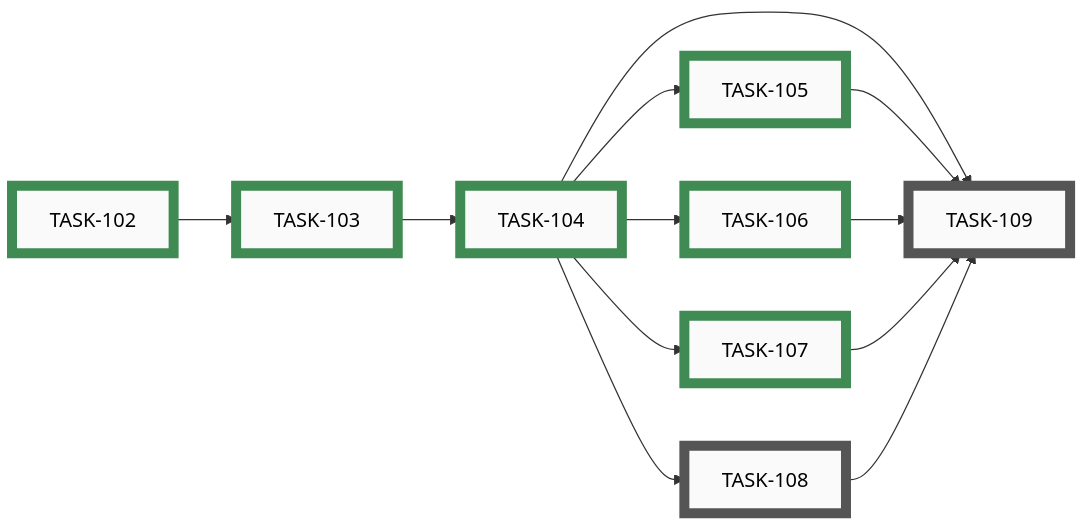
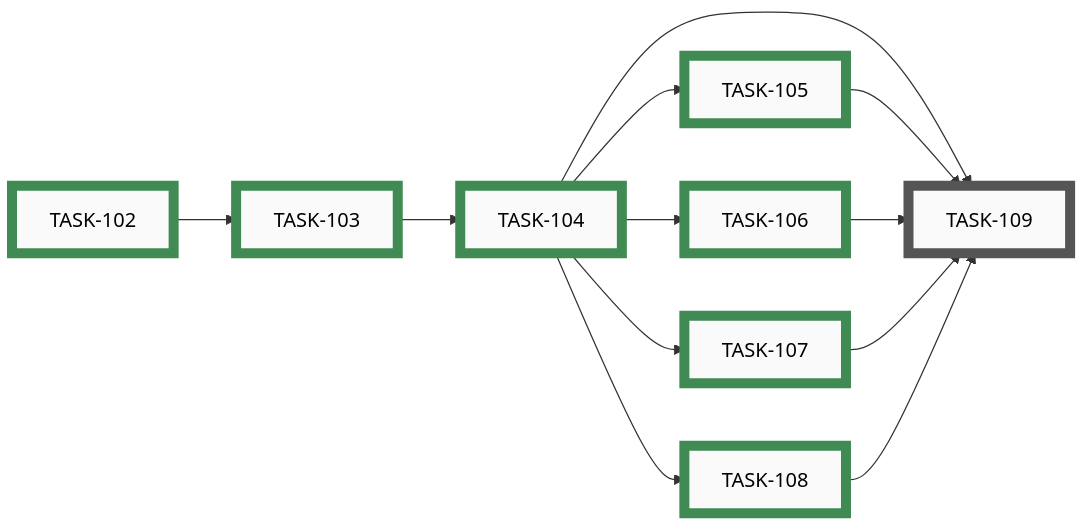
One commit to tgd1975/CircuitSmith changed diagram 13 of 15 in docs/developers/tasks/EPICS.md. Above: the diagram before and after it, drawn with Mermaid. The commit also changed other lines of this file and 14 other files, not shown here.

First line of the commit message:
close TASK-108: annotate the IDEA-001 dossier with what shipped

````diff
--- a/docs/developers/tasks/EPICS.md
+++ b/docs/developers/tasks/EPICS.md
@@ -787,38 +787,38 @@
 ```mermaid
 graph LR
-    TASK_108["TASK-108"]:::open
     TASK_109["TASK-109"]:::open
     TASK_102["TASK-102"]:::closed
     TASK_103["TASK-103"]:::closed
     TASK_104["TASK-104"]:::closed
     TASK_105["TASK-105"]:::closed
     TASK_106["TASK-106"]:::closed
     TASK_107["TASK-107"]:::closed
-    TASK_104 --> TASK_108
+    TASK_108["TASK-108"]:::closed
     TASK_104 --> TASK_109
     TASK_105 --> TASK_109
     TASK_106 --> TASK_109
     TASK_107 --> TASK_109
     TASK_108 --> TASK_109
     TASK_102 --> TASK_103
     TASK_103 --> TASK_104
     TASK_104 --> TASK_105
     TASK_104 --> TASK_106
     TASK_104 --> TASK_107
-    click TASK_108 "open/task-108-annotate-idea-001-dossier.md"
+    TASK_104 --> TASK_108
     click TASK_109 "open/task-109-final-pass-readme-and-entry-points.md"
     click TASK_102 "closed/task-102-inventory-all-markdown-docs.md"
     click TASK_103 "closed/task-103-drift-sweep-stale-claims.md"
     click TASK_104 "closed/task-104-voice-unification-rewrite.md"
     click TASK_105 "closed/task-105-cross-reference-audit.md"
     click TASK_106 "closed/task-106-tutorial-alignment-with-epic-012.md"
     click TASK_107 "closed/task-107-test-plan-alignment-with-epic-011.md"
+    click TASK_108 "closed/task-108-annotate-idea-001-dossier.md"
     classDef open    fill:#FAFAFA,stroke:#555,stroke-width:8px,color:#000
     classDef active  fill:#FAFAFA,stroke:#1A6FA8,stroke-width:8px,color:#000
     classDef closed  fill:#FAFAFA,stroke:#3F8B53,stroke-width:8px,color:#000
     classDef paused  fill:#FAFAFA,stroke:#B07810,stroke-width:8px,color:#000
     classDef openExt    fill:#000,stroke:#888,stroke-width:8px,color:#FFF
     classDef activeExt  fill:#000,stroke:#3FA9F5,stroke-width:8px,color:#FFF
     classDef closedExt  fill:#000,stroke:#7CC68A,stroke-width:8px,color:#FFF
     classDef pausedExt  fill:#000,stroke:#F0B030,stroke-width:8px,color:#FFF
 ```
````
